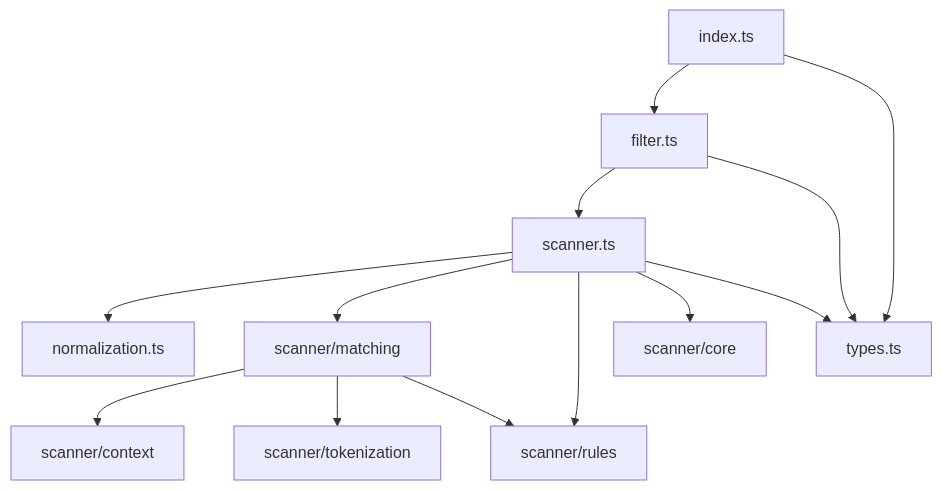
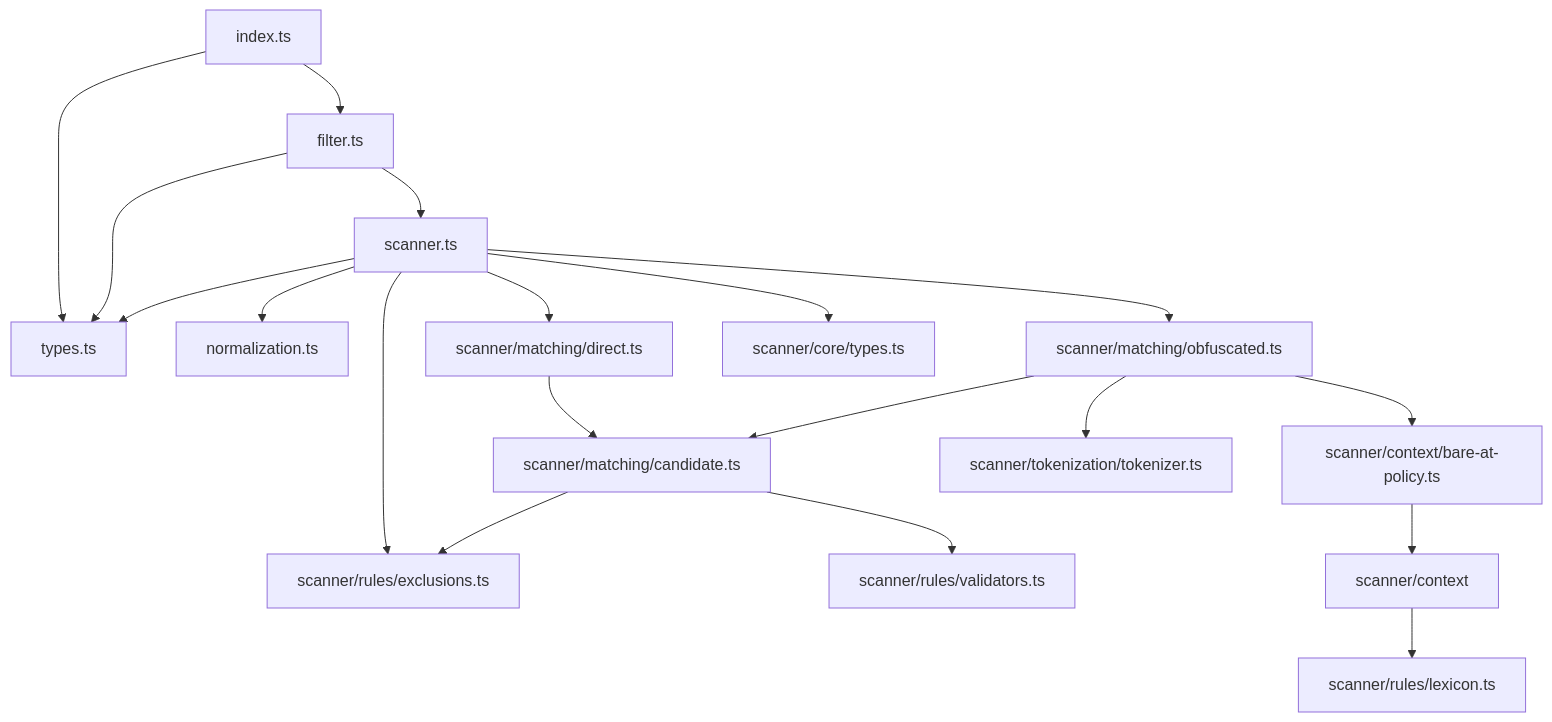
One commit to textfilters/email changed the second of 2 diagrams in docs/architecture.md. Above: the diagram before and after it, drawn with Mermaid. The commit also changed other lines of this file and 26 other files, not shown here.

````diff
--- a/docs/architecture.md
+++ b/docs/architecture.md
@@ -40,15 +40,21 @@
 ```mermaid
 graph TD
   index["index.ts"] --> filter["filter.ts"]
   index --> types["types.ts"]
   filter --> scanner["scanner.ts"]
   filter --> types
   scanner --> normalization["normalization.ts"]
-  scanner --> matching["scanner/matching"]
-  scanner --> rules["scanner/rules"]
-  scanner --> core["scanner/core"]
-  matching --> context["scanner/context"]
-  matching --> tokenization["scanner/tokenization"]
-  matching --> rules
+  scanner --> direct["scanner/matching/direct.ts"]
+  scanner --> obfuscated["scanner/matching/obfuscated.ts"]
+  scanner --> exclusions["scanner/rules/exclusions.ts"]
+  scanner --> coreTypes["scanner/core/types.ts"]
+  direct --> candidate["scanner/matching/candidate.ts"]
+  obfuscated --> candidate
+  obfuscated --> bareAtPolicy["scanner/context/bare-at-policy.ts"]
+  obfuscated --> tokenizer["scanner/tokenization/tokenizer.ts"]
+  candidate --> validators["scanner/rules/validators.ts"]
+  candidate --> exclusions
+  bareAtPolicy --> context["scanner/context"]
+  context --> lexicon["scanner/rules/lexicon.ts"]
   scanner --> types
 ```
````
